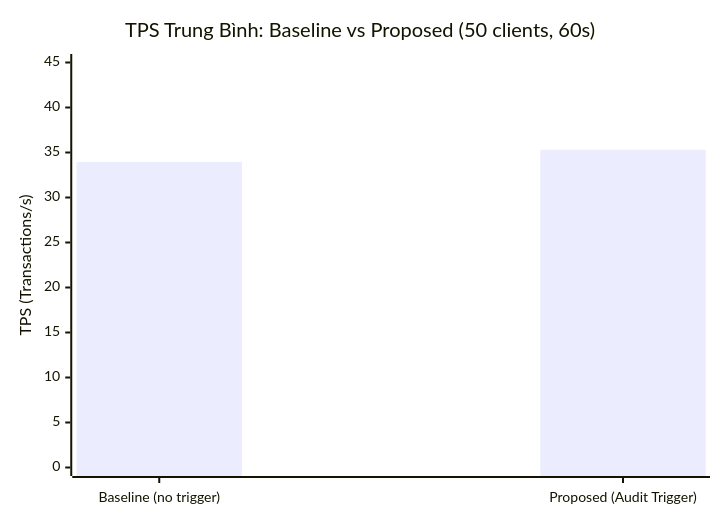
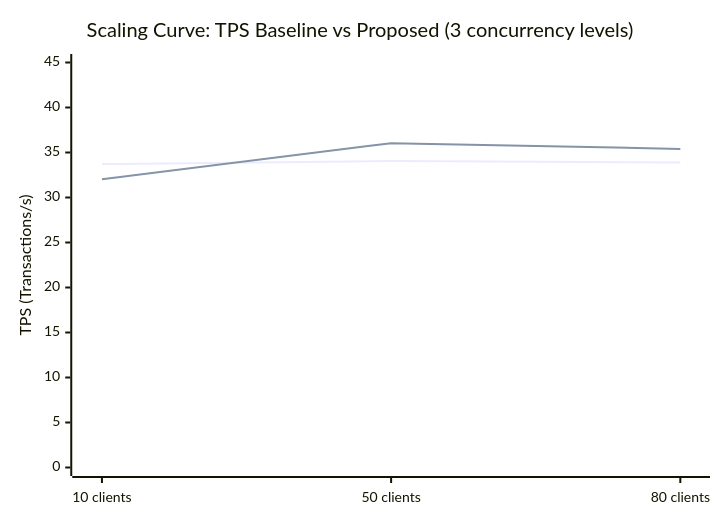
Before and after one commit to rubyhcm/csdl: the first of 10 diagrams in docs/results-summary.md, drawn with Mermaid. The commit also changed other lines of this file and 22 other files, not shown here.

````diff
--- a/docs/results-summary.md
+++ b/docs/results-summary.md
@@ -55,7 +54,8 @@
 ```mermaid
 xychart-beta
-    title "TPS Trung Bình: Baseline vs Proposed (50 clients, 60s)"
-    x-axis ["Baseline (no trigger)", "Proposed (Audit Trigger)"]
+    title "Scaling Curve: TPS Baseline vs Proposed (3 concurrency levels)"
+    x-axis ["10 clients", "50 clients", "80 clients"]
     y-axis "TPS (Transactions/s)" 0 --> 45
-    bar [33.94, 35.30]
+    line [33.71, 34.06, 33.90]
+    line [32.02, 36.03, 35.40]
 ```
````
